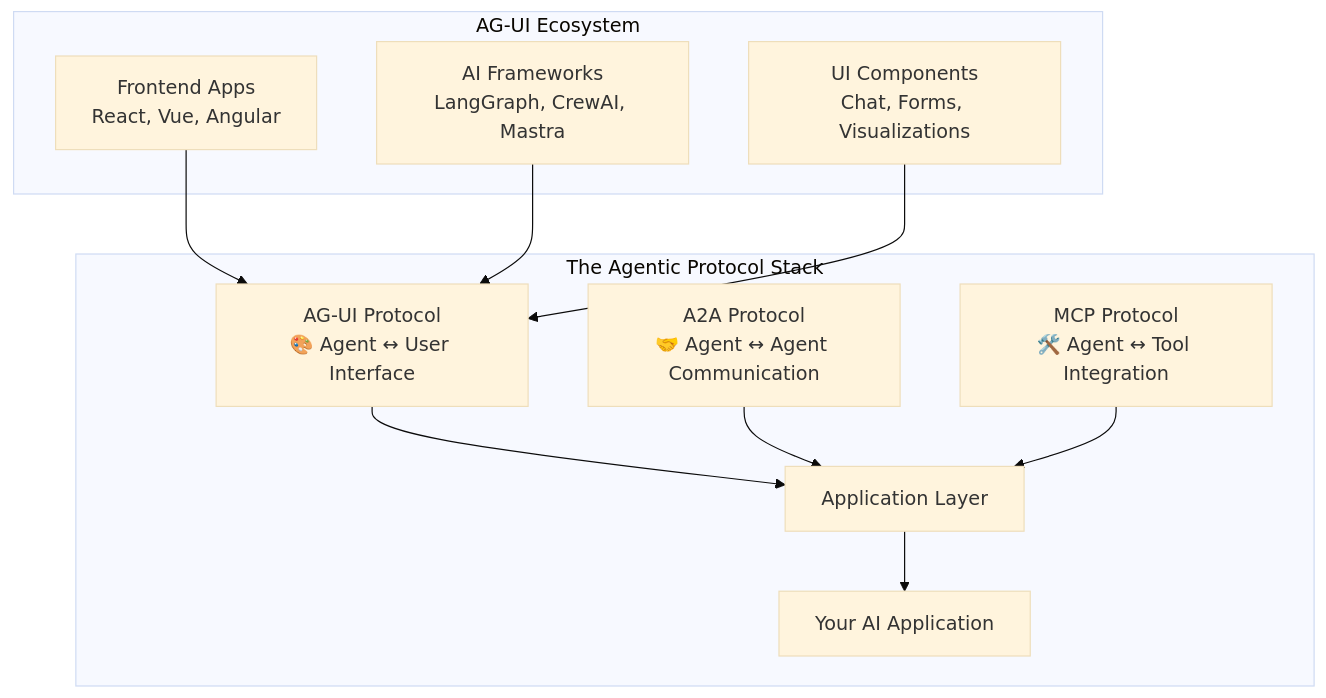
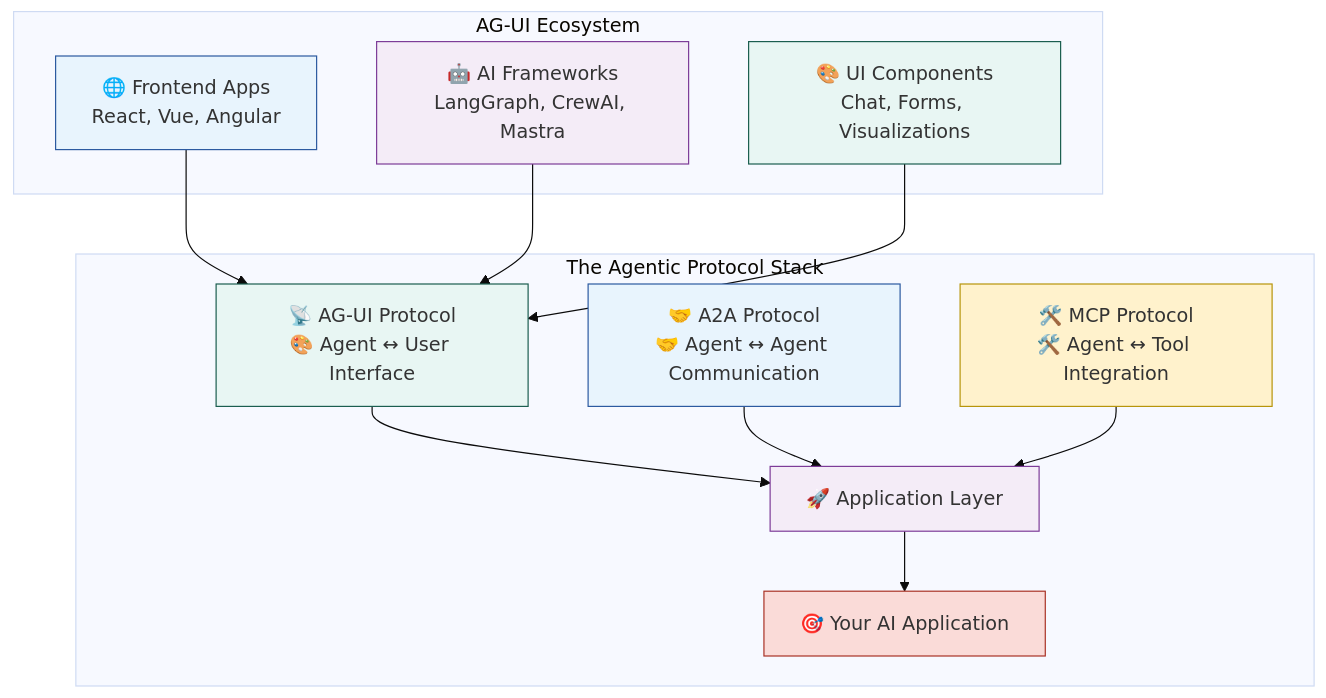
The fourth of 9 diagrams in 33_ag_ui.md (raphaelmansuy/tutorials), drawn with Mermaid (base theme) before and after one commit. The commit also changed other lines of this file, not shown here.

Commit message:
Enhance AG-UI tutorial with improved Mermaid diagrams, adding icons and styles for better visualization and clarity in integration challenges and protocol comparisons.

````diff
--- a/33_ag_ui.md
+++ b/33_ag_ui.md
@@ -227,16 +266,25 @@
 ```mermaid
 graph TB
     subgraph "The Agentic Protocol Stack"
-        A[AG-UI Protocol<br/>🎨 Agent ↔ User Interface] --> B[Application Layer]
-        C[A2A Protocol<br/>🤝 Agent ↔ Agent Communication] --> B
-        D[MCP Protocol<br/>🛠️ Agent ↔ Tool Integration] --> B
+        A[📡 AG-UI Protocol<br/>🎨 Agent ↔ User Interface] --> B[🚀 Application Layer]
+        C[🤝 A2A Protocol<br/>🤝 Agent ↔ Agent Communication] --> B
+        D[🛠️ MCP Protocol<br/>🛠️ Agent ↔ Tool Integration] --> B
         
-        B --> E[Your AI Application]
+        B --> E[🎯 Your AI Application]
     end
     
     subgraph "AG-UI Ecosystem"
-        F[Frontend Apps<br/>React, Vue, Angular] --> A
-        G[AI Frameworks<br/>LangGraph, CrewAI, Mastra] --> A
-        H[UI Components<br/>Chat, Forms, Visualizations] --> A
+        F[🌐 Frontend Apps<br/>React, Vue, Angular] --> A
+        G[🤖 AI Frameworks<br/>LangGraph, CrewAI, Mastra] --> A
+        H[🎨 UI Components<br/>Chat, Forms, Visualizations] --> A
     end
+
+    style A fill:#E8F6F3,stroke:#1B5E4F
+    style C fill:#E8F4FD,stroke:#2C5AA0
+    style D fill:#FFF2CC,stroke:#B7950B
+    style B fill:#F4ECF7,stroke:#7D3C98
+    style E fill:#FADBD8,stroke:#A93226
+    style F fill:#E8F4FD,stroke:#2C5AA0
+    style G fill:#F4ECF7,stroke:#7D3C98
+    style H fill:#E8F6F3,stroke:#1B5E4F
 ```
````
